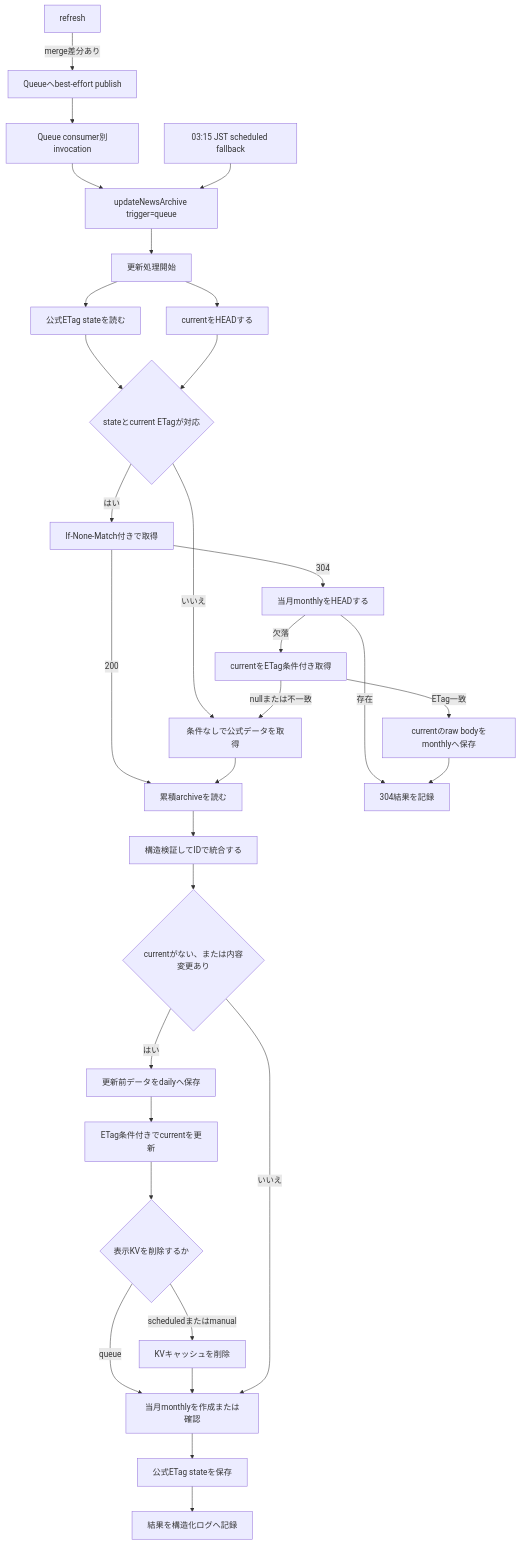
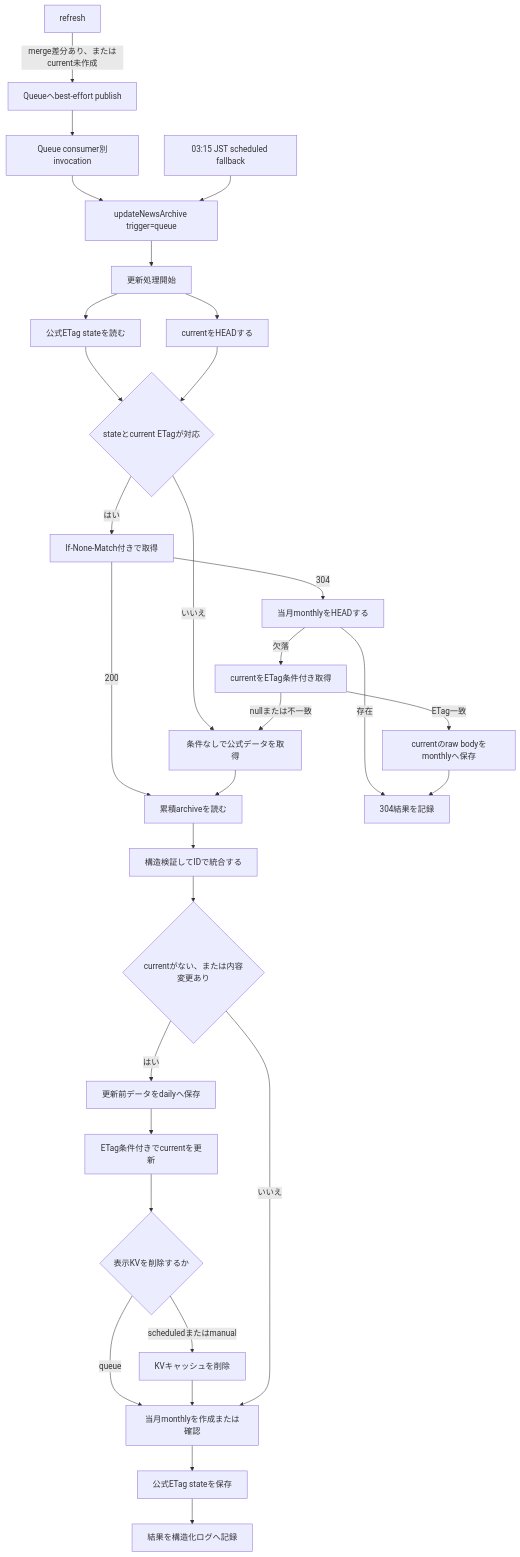
Before and after one commit to reamkf/kf3-notification-search: the diagram in docs/news-archive-update-spec.md, drawn with Mermaid. The commit also changed other lines of this file and 12 other files, not shown here.

````diff
--- a/docs/news-archive-update-spec.md
+++ b/docs/news-archive-update-spec.md
@@ -37,33 +39,33 @@
 ```mermaid
 flowchart TD
-    Refresh[refresh] -->|merge差分あり| Publish[Queueへbest-effort publish]
+    Refresh[refresh] -->|merge差分あり、またはcurrent未作成| Publish[Queueへbest-effort publish]
     Publish --> Consumer[Queue consumer別invocation]
     Consumer --> Update[updateNewsArchive trigger=queue]
     Schedule[03:15 JST scheduled fallback] --> Update
     Update --> Start[更新処理開始]
     Start --> State[公式ETag stateを読む]
     Start --> Head[currentをHEADする]
     State --> Eligible{stateとcurrent ETagが対応}
     Head --> Eligible
     Eligible -->|いいえ| FullFetch[条件なしで公式データを取得]
     Eligible -->|はい| ConditionalFetch[If-None-Match付きで取得]
     ConditionalFetch -->|200| Read[累積archiveを読む]
     FullFetch --> Read
     ConditionalFetch -->|304| MonthlyCheck[当月monthlyをHEADする]
     MonthlyCheck -->|存在| Log304[304結果を記録]
     MonthlyCheck -->|欠落| CurrentIfEtag[currentをETag条件付き取得]
     CurrentIfEtag -->|ETag一致| MonthlyCreate[currentのraw bodyをmonthlyへ保存]
     CurrentIfEtag -->|nullまたは不一致| FullFetch
     Read --> Validate[構造検証してIDで統合する]
     Validate --> Changed{currentがない、または内容変更あり}
     Changed -->|はい| Daily[更新前データをdailyへ保存]
     Daily --> Current[ETag条件付きでcurrentを更新]
     Current --> Invalidate{表示KVを削除するか}
     Invalidate -->|scheduledまたはmanual| Cache[KVキャッシュを削除]
     Invalidate -->|queue| Monthly[当月monthlyを作成または確認]
     Cache --> Monthly
     Changed -->|いいえ| Monthly
     Monthly --> StateSave[公式ETag stateを保存]
     StateSave --> Log[結果を構造化ログへ記録]
     MonthlyCreate --> Log304
 ```
````
